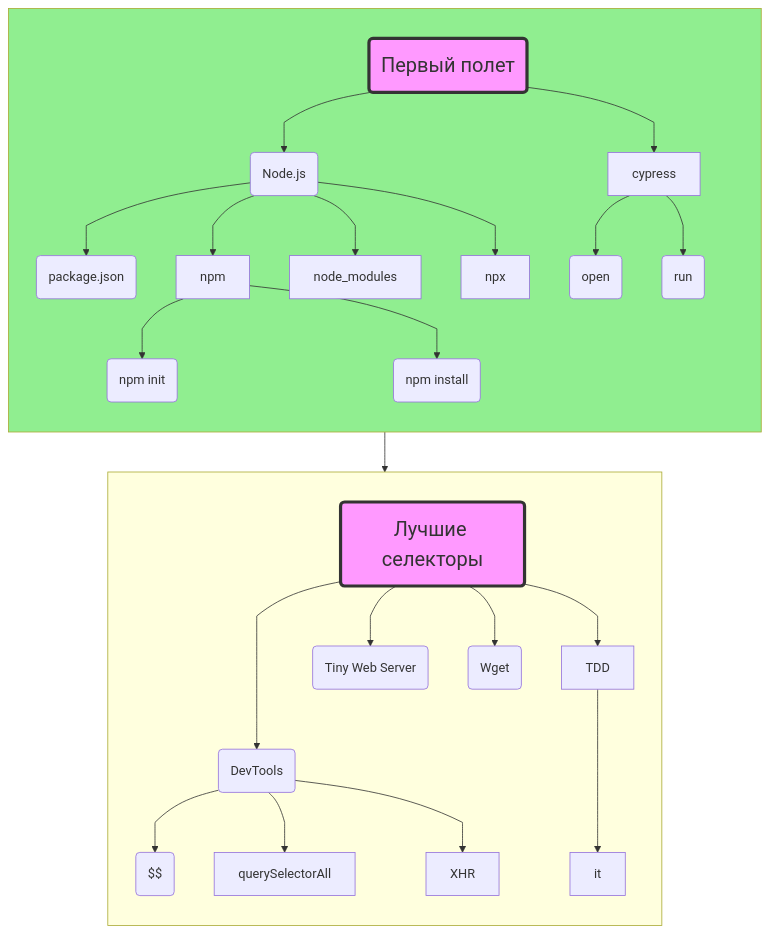
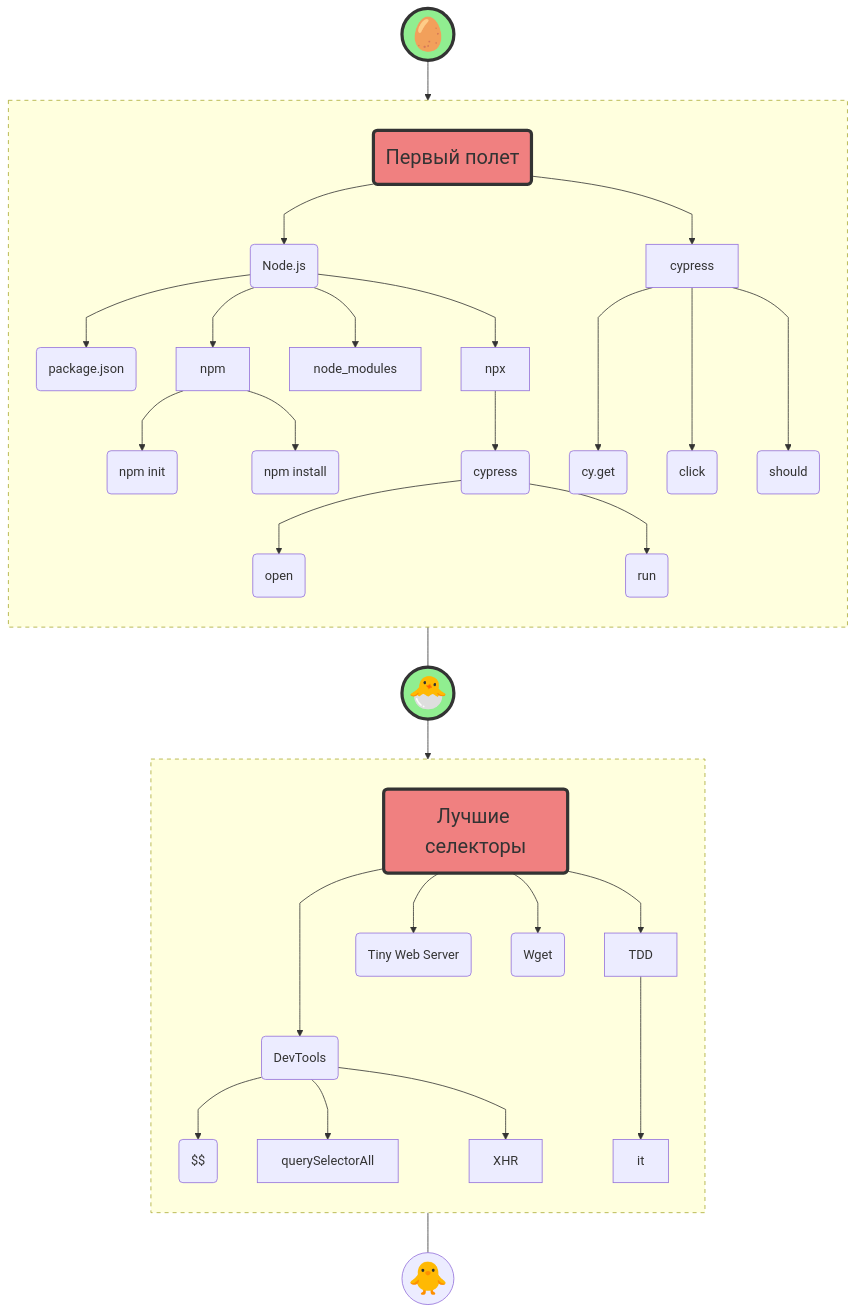
Before and after one commit to open-tutorials/livemd: the diagram in example.md, drawn with Mermaid. The commit also changed other lines of this file and 11 other files, not shown here.

````diff
--- a/example.md
+++ b/example.md
@@ -10,37 +16,49 @@
 ```mermaid
 %%{ init: { 'flowchart': { 'curve': 'monotoneX' } } }%%
 flowchart TB
+  start(("<span style='font-size:40px'>🥚</span>"))
   subgraph g_cypress_test_flight [ ]
     direction TB
     node_js(Node.js) --> package_json(package.json)
     node_js --> npm
     npm --> npm_init(npm init)
     npm --> npm_install(npm install)
     node_js --> node_modules
     node_js --> npx
-    cypress --> cypress_open(open)
-    cypress --> cypress_run(run)
+    cypress_npx(cypress) --> cypress_open(open)
+    cypress_npx --> cypress_run(run)
     cypress_test_flight(<span style='font-size:25px'>Первый полет</span>)
     cypress_test_flight --> node_js
+    npx --> cypress_npx
     cypress_test_flight --> cypress
+    cypress ---> cy_get("cy.get")
+    cypress ---> cy_click("click")
+    cypress ---> cy_should("should")
   end
   subgraph g_best_selectors [ ]
       direction TB
       dev_tools(DevTools) --> $$($$)
       dev_tools --> querySelectorAll
       dev_tools --> XHR
       TDD ---> it
       best_selectors(<span style='font-size:25px'>Лучшие селекторы</span>) ---> dev_tools
       best_selectors --> tiny_web_server(Tiny Web Server)
       best_selectors --> wget(Wget)
       best_selectors --> TDD
   end
-  g_cypress_test_flight --> g_best_selectors
+  start --> g_cypress_test_flight
+  g_cypress_test_flight --- finish_cypress_test_flight(("<span style='font-size:40px'>🐣</span>"))
+  finish_cypress_test_flight --> g_best_selectors
+  g_best_selectors --- finish_best_selectors(("<span style='font-size:40px'>🐥</span>"))
 
-style g_cypress_test_flight fill:lightgreen
-  
-style cypress_test_flight fill:#f9f,stroke:#333,stroke-width:4px
-style best_selectors fill:#f9f,stroke:#333,stroke-width:4px
+style g_cypress_test_flight stroke-dasharray: 5 5
+style g_best_selectors stroke-dasharray: 5 5
+
+style start fill:lightgreen,stroke:#333,stroke-width:4px  
+style cypress_test_flight fill:LightCoral,stroke:#333,stroke-width:4px
+style finish_cypress_test_flight fill:lightgreen,stroke:#333,stroke-width:4px  
+
+style best_selectors fill:LightCoral,stroke:#333,stroke-width:4px
 click cypress_test_flight "https://md.epic1h.com/cypress_test_flight"
 click best_selectors "https://md.epic1h.com/best_selectors"
 ```
````
